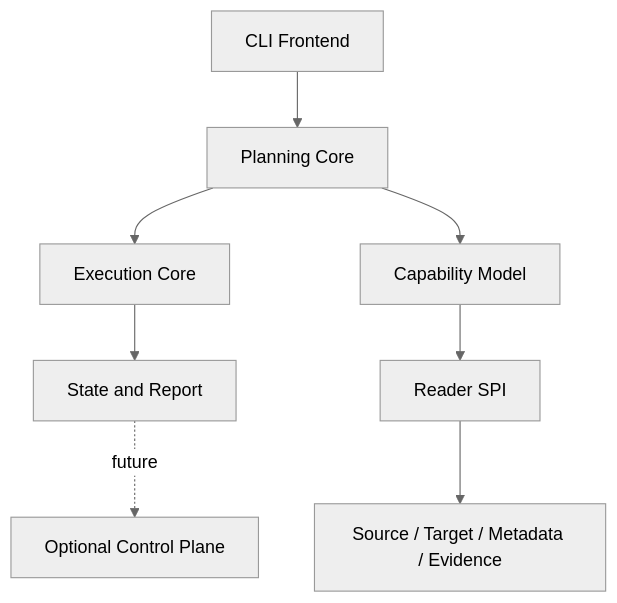
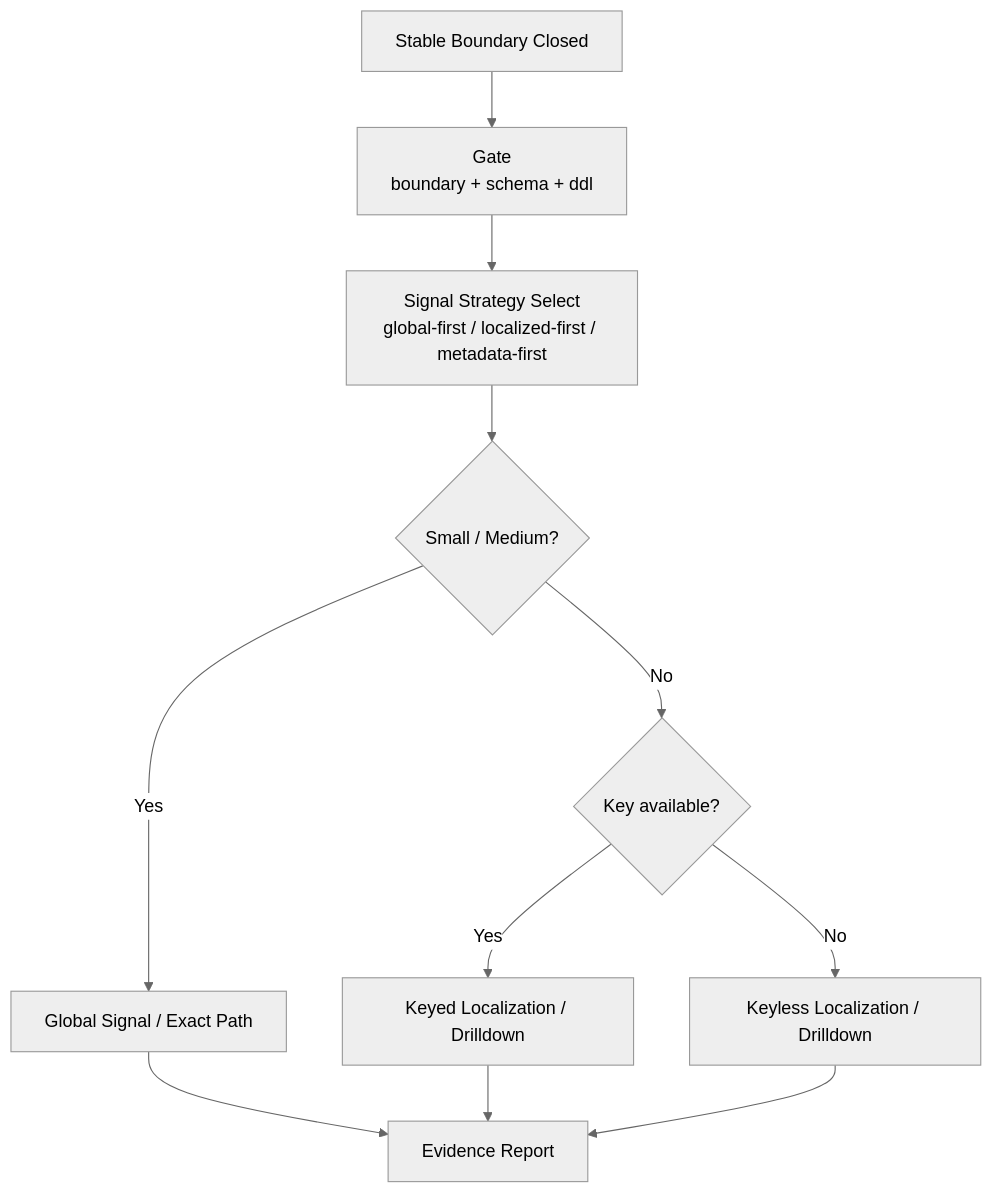
Before and after one commit to yzeng1618/DataAudit: the third of 10 diagrams in docs/design.md, drawn with Mermaid (neutral theme). The commit also changed other lines of this file and 71 other files, not shown here.

````diff
--- a/docs/design.md
+++ b/docs/design.md
@@ -117,10 +447,13 @@
 ```mermaid
 flowchart TD
-  A[CLI Frontend] --> B[Planning Core]
-  B --> C[Execution Core]
-  C --> D[State and Report]
-  B --> E[Capability Model]
-  E --> F[Reader SPI]
-  F --> G[Source / Target / Metadata / Evidence]
-  D -. future .-> H[Optional Control Plane]
+  A[Stable Boundary Closed] --> B[Gate<br/>boundary + schema + ddl]
+  B --> C[Signal Strategy Select<br/>global-first / localized-first / metadata-first]
+  C --> D{Small / Medium?}
+  D -- Yes --> E[Global Signal / Exact Path]
+  D -- No --> F{Key available?}
+  F -- Yes --> G[Keyed Localization / Drilldown]
+  F -- No --> H[Keyless Localization / Drilldown]
+  E --> I[Evidence Report]
+  G --> I
+  H --> I
 ```
````
